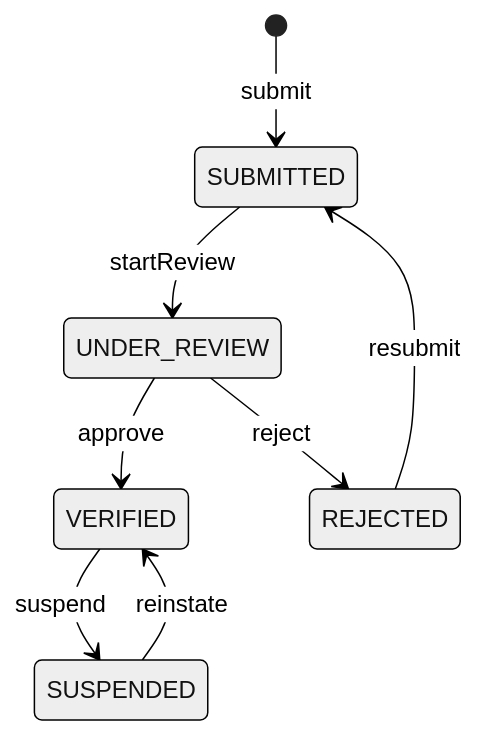
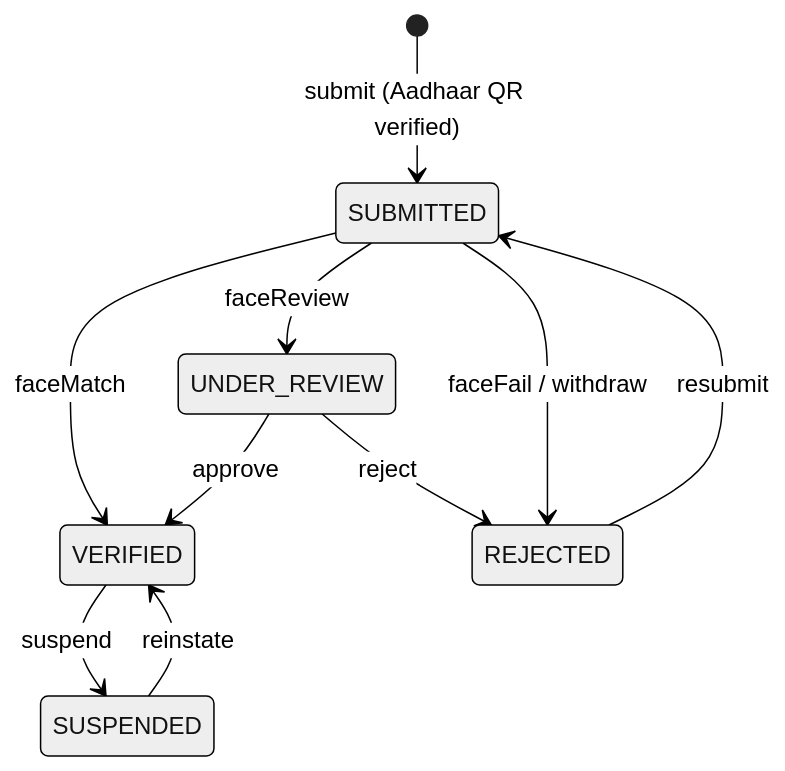
The third of 3 diagrams in docs/state-machines.md (24Chessman/ZeoAuction), drawn with Mermaid (neutral theme) before and after one commit. The commit also changed other lines of this file and 3 other files, not shown here.

First line of the commit message:
docs(adr): Aadhaar Secure QR and live face match for seller KYC (ADR-0013)

````diff
--- a/docs/state-machines.md
+++ b/docs/state-machines.md
@@ -138,10 +141,12 @@
 ```mermaid
 stateDiagram-v2
-    [*] --> SUBMITTED: submit
-    SUBMITTED --> UNDER_REVIEW: startReview
+    [*] --> SUBMITTED: submit (Aadhaar QR verified)
+    SUBMITTED --> VERIFIED: faceMatch
+    SUBMITTED --> UNDER_REVIEW: faceReview
+    SUBMITTED --> REJECTED: faceFail / withdraw
     UNDER_REVIEW --> VERIFIED: approve
     UNDER_REVIEW --> REJECTED: reject
     REJECTED --> SUBMITTED: resubmit
     VERIFIED --> SUSPENDED: suspend
     SUSPENDED --> VERIFIED: reinstate
 ```
````
